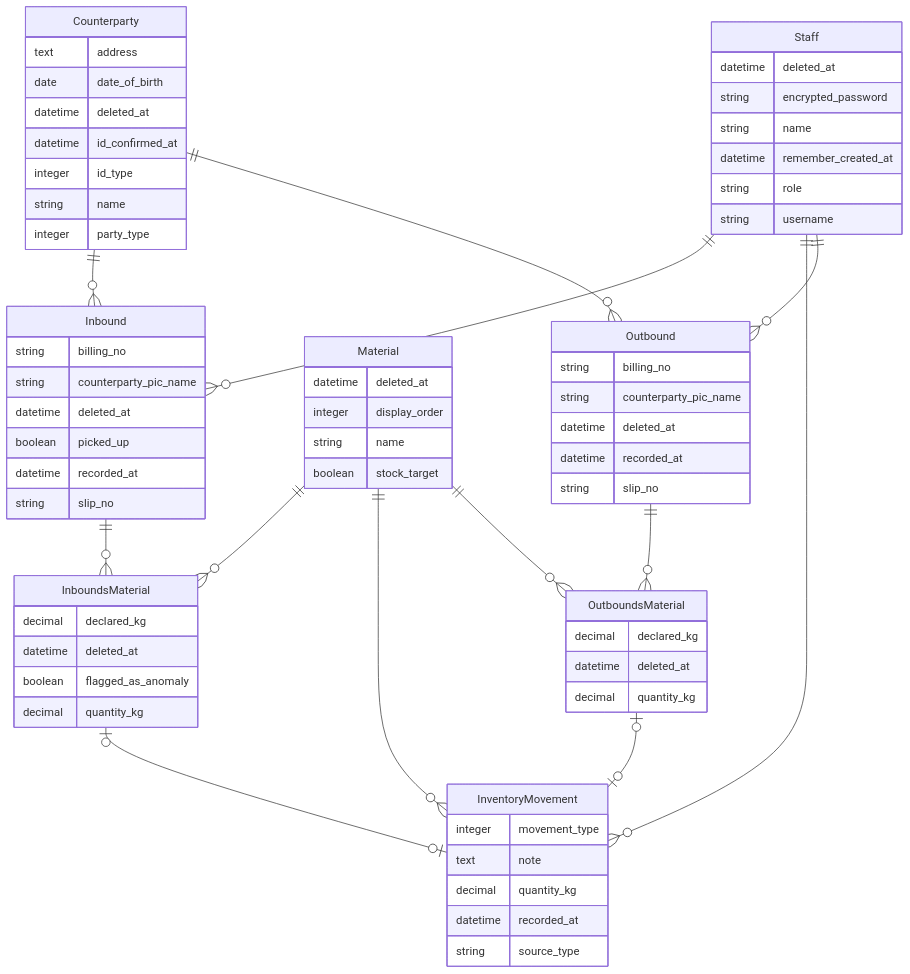
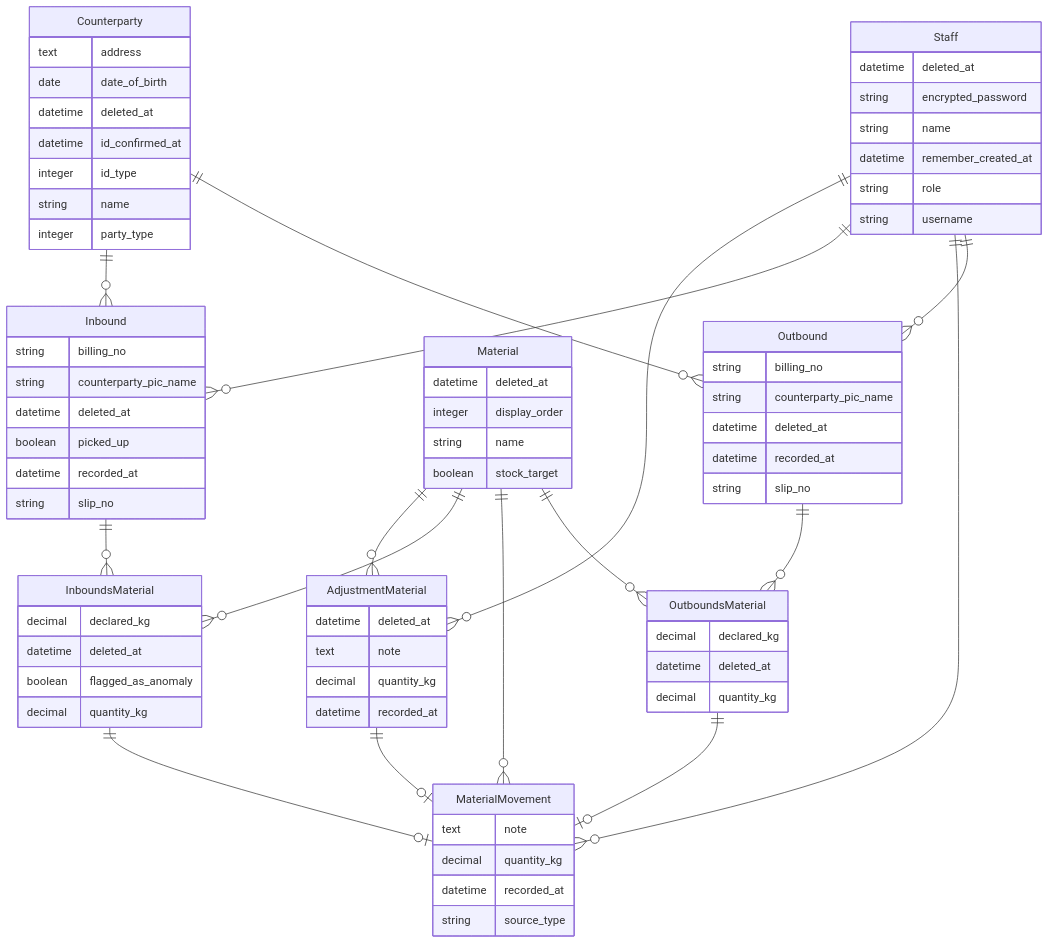
Before and after one commit to songgeye/Loopworks: the diagram in erd.mmd, drawn with Mermaid. The commit also changed 28 other files, not shown here.

Commit message:
DBの定義の修正とER図の作成

```diff
--- a/erd.mmd
+++ b/erd.mmd
@@ -1,70 +1,78 @@
 erDiagram
 	direction TB
+	AdjustmentMaterial {
+		datetime deleted_at
+		text note
+		decimal quantity_kg
+		datetime recorded_at
+	}
 	Counterparty {
 		text address
 		date date_of_birth
 		datetime deleted_at
 		datetime id_confirmed_at
 		integer id_type
 		string name
 		integer party_type
 	}
 	Inbound {
 		string billing_no
 		string counterparty_pic_name
 		datetime deleted_at
 		boolean picked_up
 		datetime recorded_at
 		string slip_no
 	}
 	InboundsMaterial {
 		decimal declared_kg
 		datetime deleted_at
 		boolean flagged_as_anomaly
 		decimal quantity_kg
 	}
-	InventoryMovement {
-		integer movement_type
-		text note
-		decimal quantity_kg
-		datetime recorded_at
-		string source_type
-	}
 	Material {
 		datetime deleted_at
 		integer display_order
 		string name
 		boolean stock_target
+	}
+	MaterialMovement {
+		text note
+		decimal quantity_kg
+		datetime recorded_at
+		string source_type
 	}
 	Outbound {
 		string billing_no
 		string counterparty_pic_name
 		datetime deleted_at
 		datetime recorded_at
 		string slip_no
 	}
 	OutboundsMaterial {
 		decimal declared_kg
 		datetime deleted_at
 		decimal quantity_kg
 	}
 	Staff {
 		datetime deleted_at
 		string encrypted_password
 		string name
 		datetime remember_created_at
 		string role
 		string username
 	}
+	Material ||--}o AdjustmentMaterial : ""
+	Staff ||--}o AdjustmentMaterial : ""
+	AdjustmentMaterial ||--|o MaterialMovement : ""
+	InboundsMaterial ||--|o MaterialMovement : ""
+	OutboundsMaterial ||--|o MaterialMovement : ""
 	Counterparty ||--}o Inbound : ""
 	Counterparty ||--}o Outbound : ""
 	Staff ||--}o Inbound : ""
 	Material ||--}o InboundsMaterial : ""
 	Inbound ||--}o InboundsMaterial : ""
-	InboundsMaterial o|--|o InventoryMovement : ""
-	OutboundsMaterial o|--|o InventoryMovement : ""
-	Material ||--}o InventoryMovement : ""
-	Staff ||--}o InventoryMovement : ""
+	Material ||--}o MaterialMovement : ""
+	Staff ||--}o MaterialMovement : ""
 	Staff ||--}o Outbound : ""
 	Outbound ||--}o OutboundsMaterial : ""
 	Material ||--}o OutboundsMaterial : ""
```
